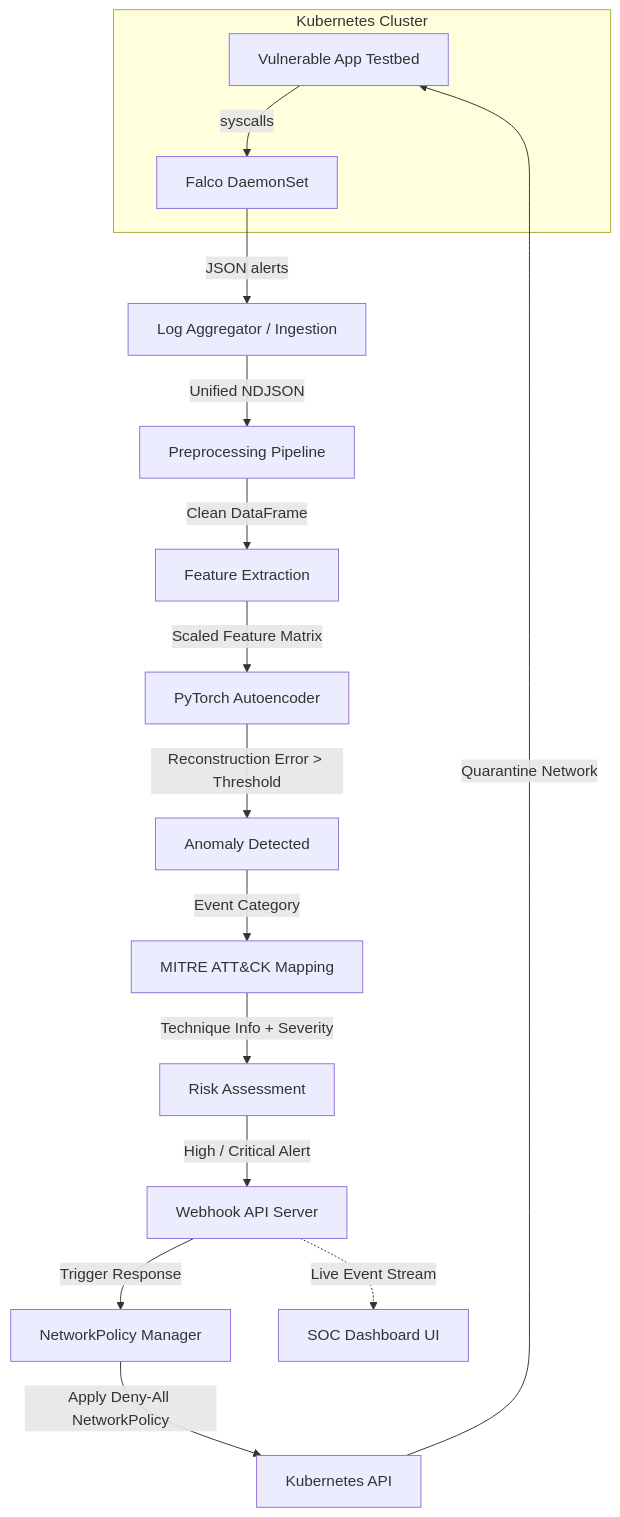
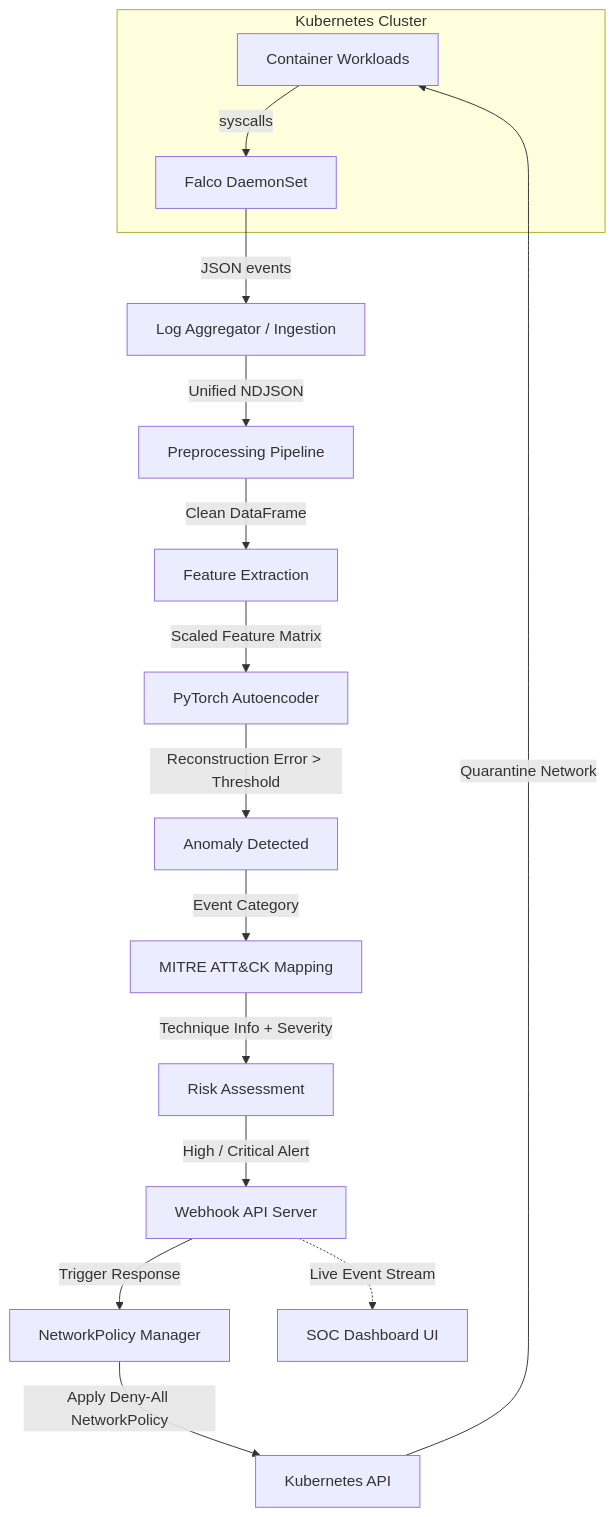
Before and after one commit to adithya-m-05/kubernetes-aiops-threat-detection: the first of 2 diagrams in docs/architecture.md, drawn with Mermaid. The commit also changed other lines of this file and 32 other files, not shown here.

````diff
--- a/docs/architecture.md
+++ b/docs/architecture.md
@@ -5,23 +5,23 @@
 ```mermaid
 graph TD
     subgraph Kubernetes Cluster
-        VA[Vulnerable App Testbed] -->|syscalls| F[Falco DaemonSet]
+        VA[Container Workloads] -->|syscalls| F[Falco DaemonSet]
     end
 
-    F -->|JSON alerts| LA[Log Aggregator / Ingestion]
+    F -->|JSON events| LA[Log Aggregator / Ingestion]
     LA -->|Unified NDJSON| PP[Preprocessing Pipeline]
 
     PP -->|Clean DataFrame| FE[Feature Extraction]
     FE -->|Scaled Feature Matrix| AE[PyTorch Autoencoder]
 
     AE -->|Reconstruction Error > Threshold| DET[Anomaly Detected]
     DET -->|Event Category| MITRE[MITRE ATT&CK Mapping]
     MITRE -->|Technique Info + Severity| RISK[Risk Assessment]
 
     RISK -->|High / Critical Alert| WH[Webhook API Server]
     WH -->|Trigger Response| NP[NetworkPolicy Manager]
     NP -->|Apply Deny-All NetworkPolicy| KC[Kubernetes API]
     KC -->|Quarantine Network| VA
 
     WH -.->|Live Event Stream| DASH[SOC Dashboard UI]
 ```
````
